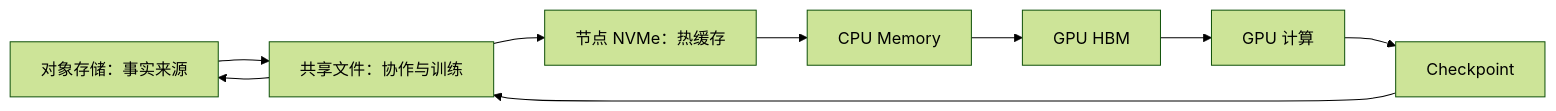
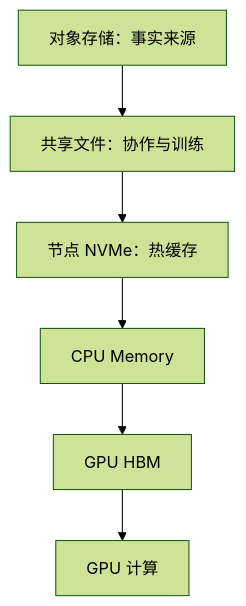
Before and after one commit to newswitch/newswitch.github.io: the second of 2 diagrams in docs/storage/ai-workloads/01-AI工作负载的存储IO模型.md, drawn with Mermaid (forest theme). The commit also changed other lines of this file and 15 other files, not shown here.

````diff
--- a/docs/storage/ai-workloads/01-AI工作负载的存储IO模型.md
+++ b/docs/storage/ai-workloads/01-AI工作负载的存储IO模型.md
@@ -425,11 +448,8 @@
 ```mermaid
-flowchart LR
+flowchart TD
     S3["对象存储：事实来源"] --> FS["共享文件：协作与训练"]
     FS --> NV["节点 NVMe：热缓存"]
     NV --> RAM["CPU Memory"]
     RAM --> HBM["GPU HBM"]
     HBM --> C["GPU 计算"]
-    C --> CK["Checkpoint"]
-    CK --> FS
-    FS --> S3
 ```
````
